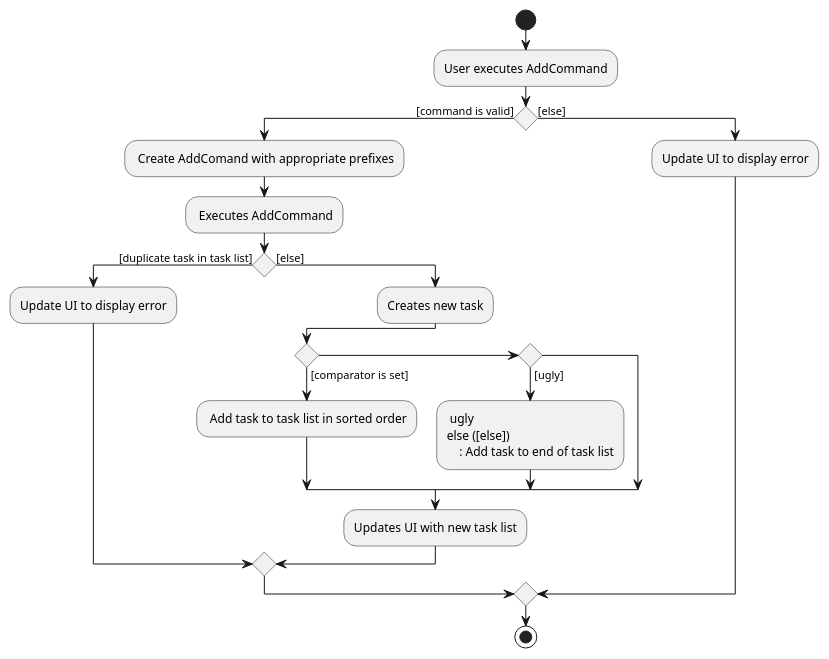
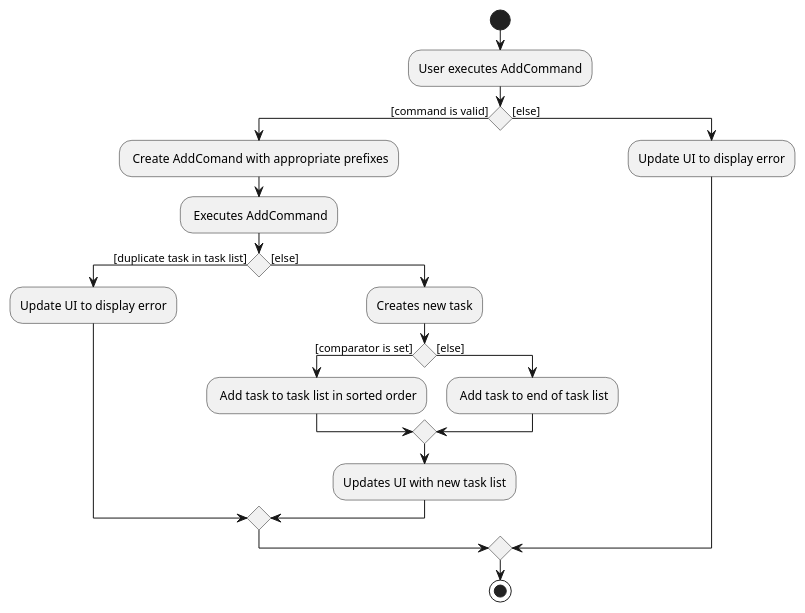
The diagram in docs/diagrams/AddCommandActivityDiagram.puml (AY1920S2-CS2103T-W16-01/main), drawn with PlantUML before and after one commit.

Commit message:
update AddCommandActivityDiagram

```diff
--- a/docs/diagrams/AddCommandActivityDiagram.puml
+++ b/docs/diagrams/AddCommandActivityDiagram.puml
@@ -1,26 +1,24 @@
 @startuml
 start
 :User executes AddCommand;
 
 if () then ([command is valid])
   : Create AddComand with appropriate prefixes;
   : Executes AddCommand;
   if () then ([duplicate task in task list])
         :Update UI to display error;
   else ([else])
         :Creates new task;
         if() then ([comparator is set])
             : Add task to task list in sorted order;
-        else if() then ([ugly])
-            : ugly
         else ([else])
             : Add task to end of task list;
         endif
         :Updates UI with new task list;
   endif
 else ([else])
   :Update UI to display error;
 endif
 
 stop;
 @enduml
```
